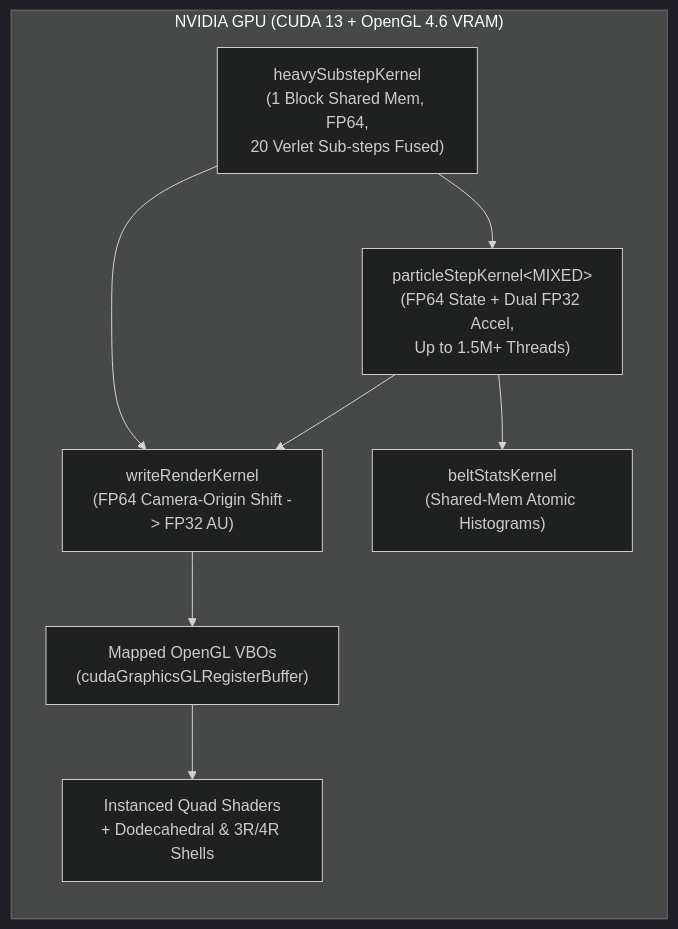
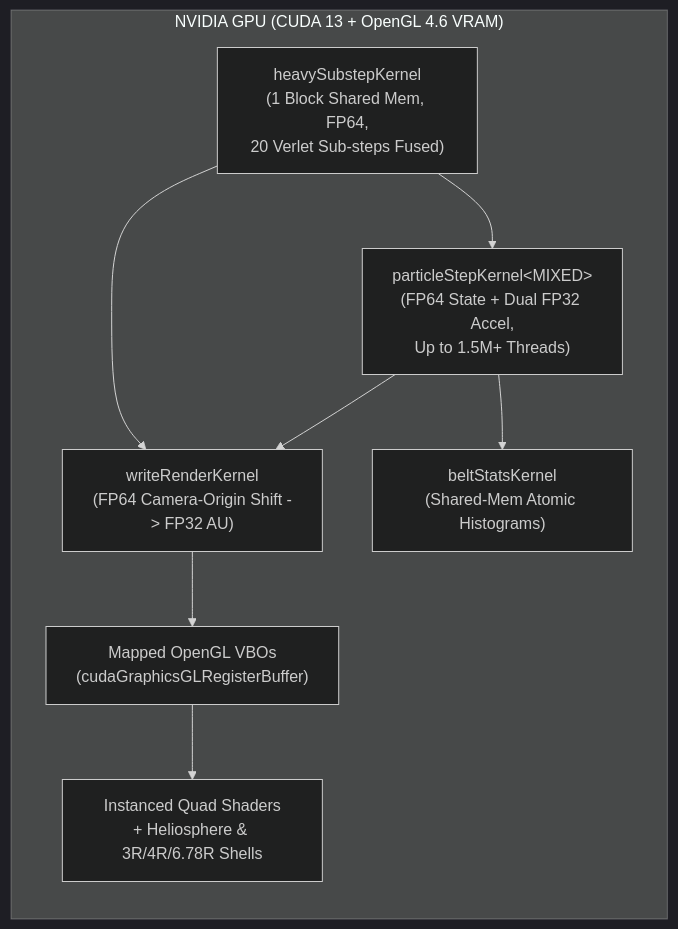
Before and after one commit to LoopBreacher/substrate_3d_n-body_sim: the diagram in README.md, drawn with Mermaid (dark theme). The commit also changed other lines of this file and 13 other files, not shown here.

````diff
--- a/README.md
+++ b/README.md
@@ -270,17 +284,17 @@
 ```mermaid
 flowchart LR
     subgraph GPU["NVIDIA GPU (CUDA 13 + OpenGL 4.6 VRAM)"]
         H["heavySubstepKernel<br/>(1 Block Shared Mem, FP64,<br/>20 Verlet Sub-steps Fused)"]
         P["particleStepKernel&lt;MIXED&gt;<br/>(FP64 State + Dual FP32 Accel,<br/>Up to 1.5M+ Threads)"]
         W["writeRenderKernel<br/>(FP64 Camera-Origin Shift -> FP32 AU)"]
         VBO["Mapped OpenGL VBOs<br/>(cudaGraphicsGLRegisterBuffer)"]
-        R["Instanced Quad Shaders<br/>+ Dodecahedral &amp; 3R/4R Shells"]
+        R["Instanced Quad Shaders<br/>+ Heliosphere &amp; 3R/4R/6.78R Shells"]
         B["beltStatsKernel<br/>(Shared-Mem Atomic Histograms)"]
     end
 
     H --> P
     H --> W
     P --> W
     W --> VBO --> R
     P --> B
 ```
````
